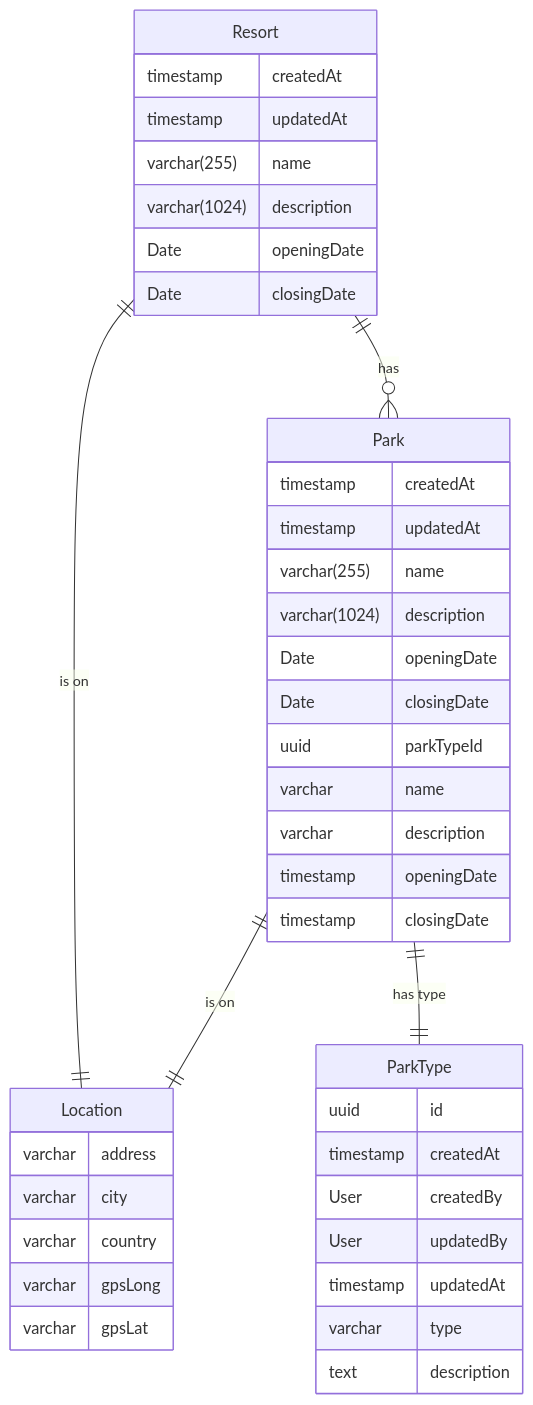
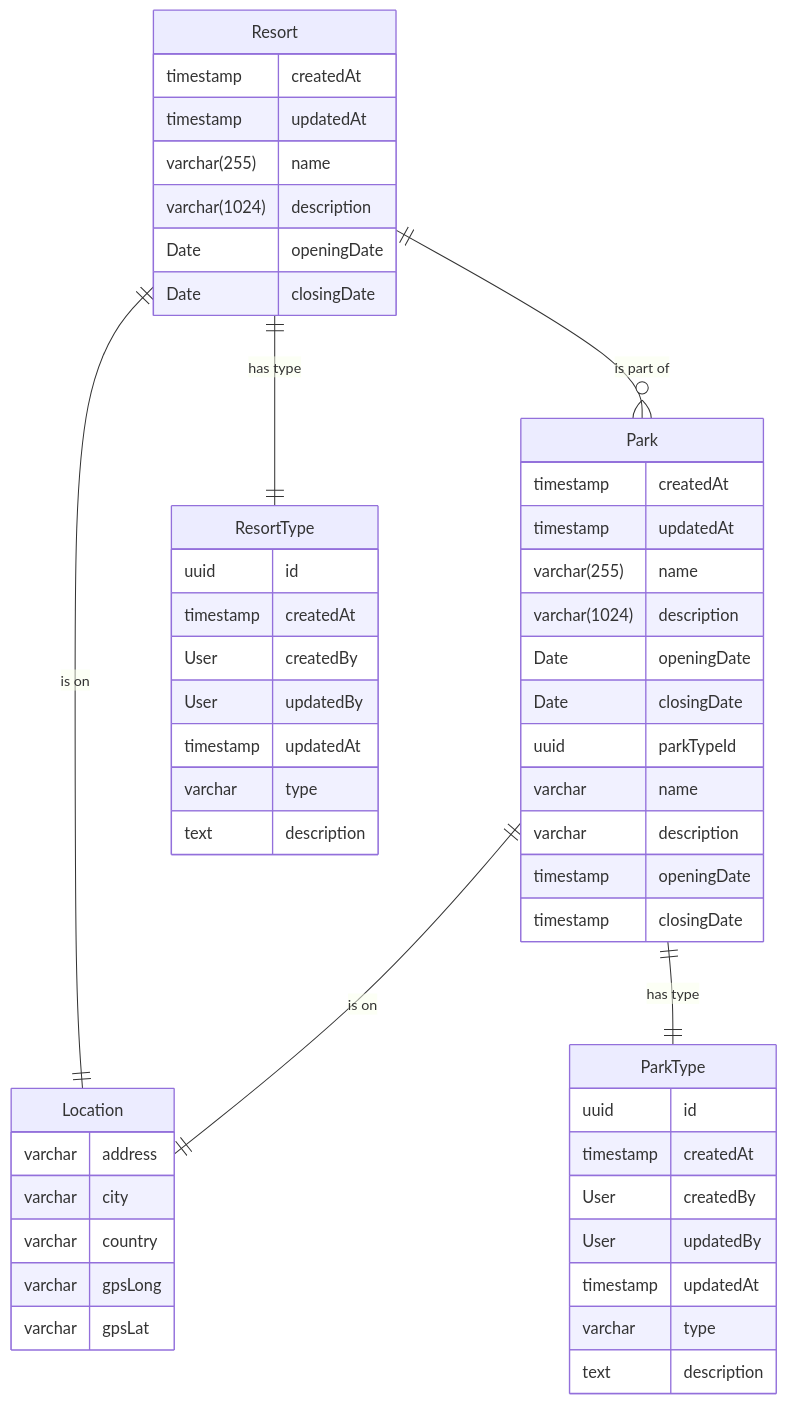
The diagram in documentation/datamodel/erd.mermaid (BasBrunink/tpdb), drawn with Mermaid before and after one commit.

Commit message:
[WIP] ERD changed

```diff
--- a/documentation/datamodel/erd.mermaid
+++ b/documentation/datamodel/erd.mermaid
@@ -1,52 +1,62 @@
 
 erDiagram
 
-Resort ||--o{ Park: has
+Resort ||--o{ Park: "is part of"
 Resort ||--|| Location: "is on"
+Resort ||--|| ResortType : "has type"
 
 Park ||--|| Location: "is on"
 Park ||--|| ParkType: "has type"
 
 
 ParkType {
+    uuid id
+    timestamp createdAt
+    User createdBy
+    User updatedBy
+    timestamp updatedAt
+    varchar type
+    text description
+}
+ResortType {
     uuid id
     timestamp createdAt
     User createdBy
     User updatedBy
     timestamp updatedAt
     varchar type
     text description
 }
 
 Park {
     timestamp createdAt
     timestamp updatedAt
     varchar(255) name
     varchar(1024) description
     Date openingDate
     Date closingDate
     uuid parkTypeId
 }
 
 Park {
     varchar name
     varchar description
     timestamp openingDate
     timestamp closingDate
 }
 Resort {
     timestamp createdAt
     timestamp updatedAt
     varchar(255) name
     varchar(1024) description
     Date openingDate
     Date closingDate
 }
 
 Location {
     varchar address
     varchar city
     varchar country
     varchar gpsLong
     varchar gpsLat
 }
```
